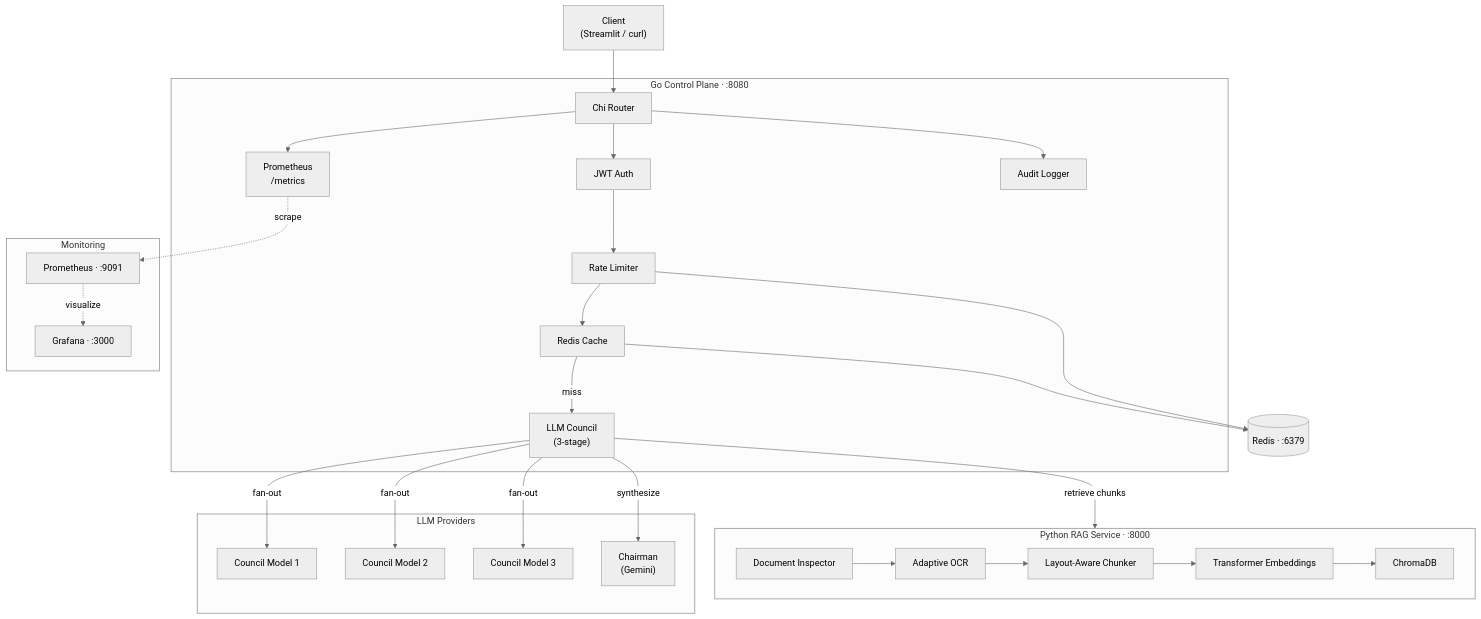
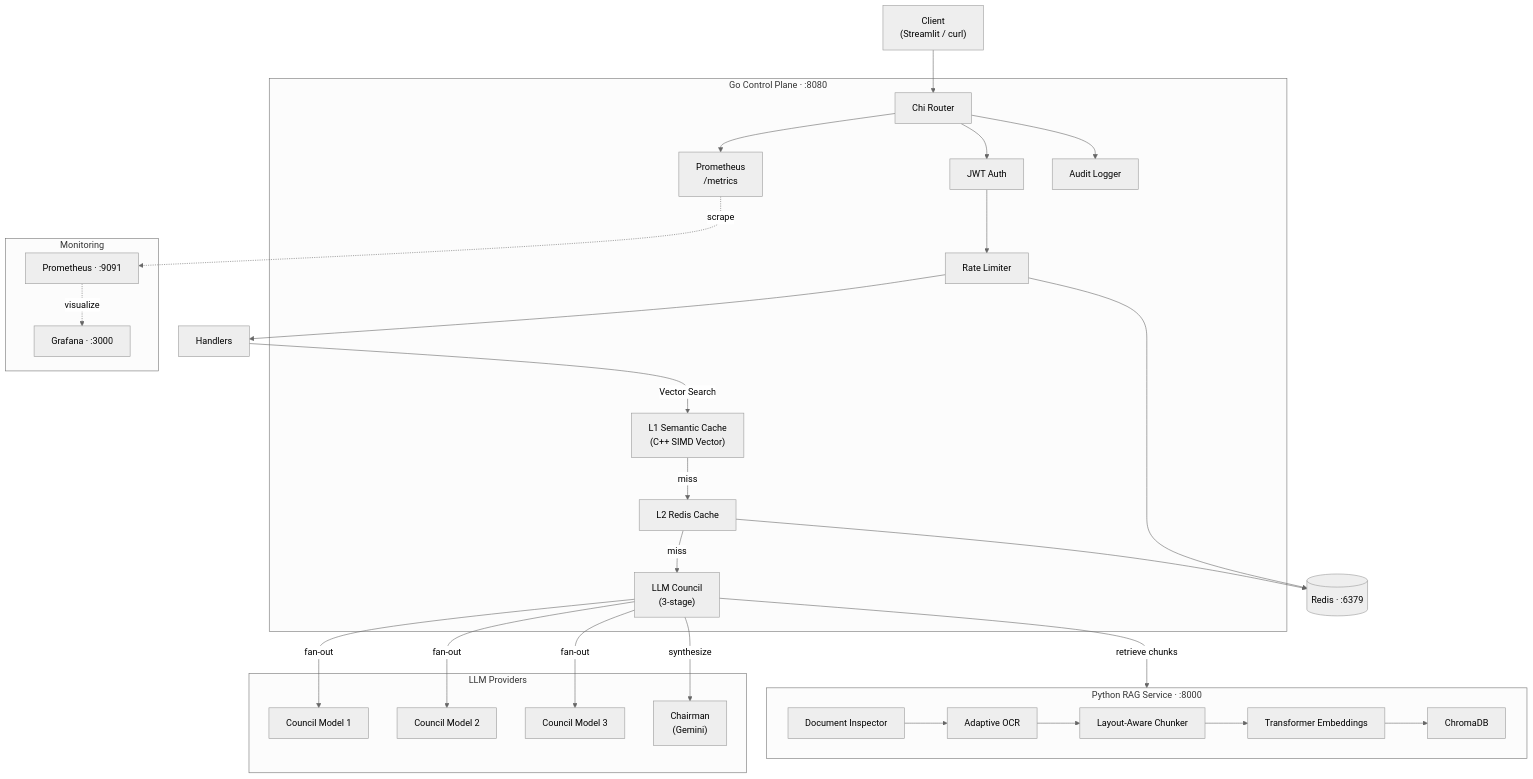
One commit to regular-life/CouncilAI changed the first of 2 diagrams in README.md. Above: the diagram before and after it, drawn with Mermaid (neutral theme). The commit also changed other lines of this file and 24 other files, not shown here.

````diff
--- a/README.md
+++ b/README.md
@@ -13,52 +13,55 @@
 ```mermaid
 graph TB
     Client["Client<br/>(Streamlit / curl)"]
 
     subgraph Go["Go Control Plane · :8080"]
         Router["Chi Router"]
         Auth["JWT Auth"]
         RL["Rate Limiter"]
-        Cache["Redis Cache"]
+        SemCache["L1 Semantic Cache<br/>(C++ SIMD Vector)"]
+        Cache["L2 Redis Cache"]
         Council["LLM Council<br/>(3-stage)"]
         Metrics["Prometheus<br/>/metrics"]
         Audit["Audit Logger"]
     end
 
     subgraph Python["Python RAG Service · :8000"]
         Inspect["Document Inspector"]
         OCR["Adaptive OCR"]
         Chunk["Layout-Aware Chunker"]
         Embed["Transformer Embeddings"]
         Chroma["ChromaDB"]
     end
 
     subgraph LLMs["LLM Providers"]
         M1["Council Model 1"]
         M2["Council Model 2"]
         M3["Council Model 3"]
         Chairman["Chairman<br/>(Gemini)"]
     end
 
     subgraph Monitoring["Monitoring"]
         Prom["Prometheus · :9091"]
         Graf["Grafana · :3000"]
     end
 
     Redis[("Redis · :6379")]
 
     Client --> Router
     Router --> Auth --> RL
-    RL --> Cache
+    RL --> Handlers
+    Handlers -->|Vector Search| SemCache
+    SemCache -->|miss| Cache
     Cache -->|miss| Council
     Council -->|retrieve chunks| Python
     Council -->|fan-out| M1 & M2 & M3
     Council -->|synthesize| Chairman
     Router --> Metrics
     Router --> Audit
 
     Inspect --> OCR --> Chunk --> Embed --> Chroma
     Cache --> Redis
     RL --> Redis
     Metrics -.->|scrape| Prom
     Prom -.->|visualize| Graf
 ```
````
